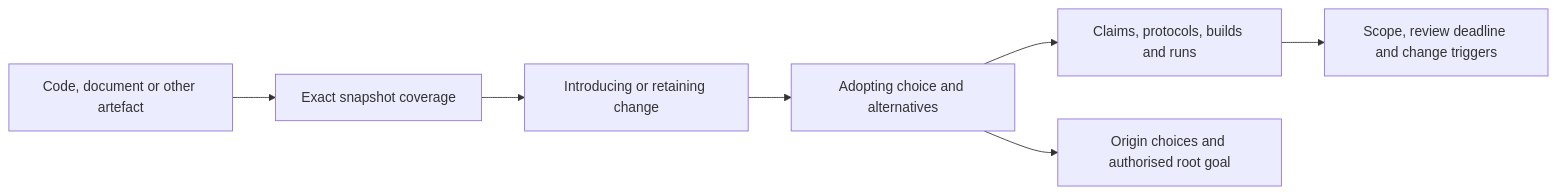
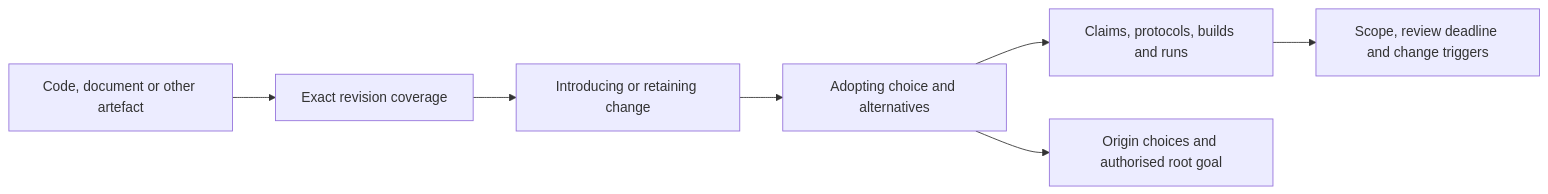
The diagram in docs/how-vp-works.md (SonicField/verifiable-practice), drawn with Mermaid before and after one commit. The commit also changed other lines of this file and 27 other files, not shown here.

````diff
--- a/docs/how-vp-works.md
+++ b/docs/how-vp-works.md
@@ -60,9 +60,9 @@
 ```mermaid
 flowchart LR
-    Unit[Code, document or other artefact] --> Coverage[Exact snapshot coverage]
+    Unit[Code, document or other artefact] --> Coverage[Exact revision coverage]
     Coverage --> Change[Introducing or retaining change]
     Change --> Choice[Adopting choice and alternatives]
     Choice --> Evidence[Claims, protocols, builds and runs]
     Choice --> Root[Origin choices and authorised root goal]
     Evidence --> Validity[Scope, review deadline and change triggers]
 ```
````
